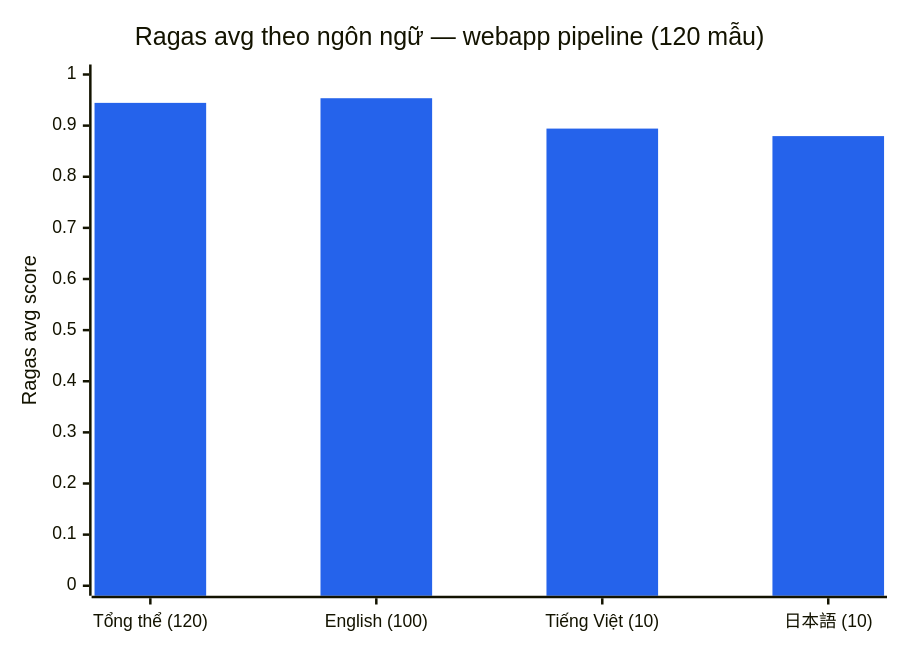
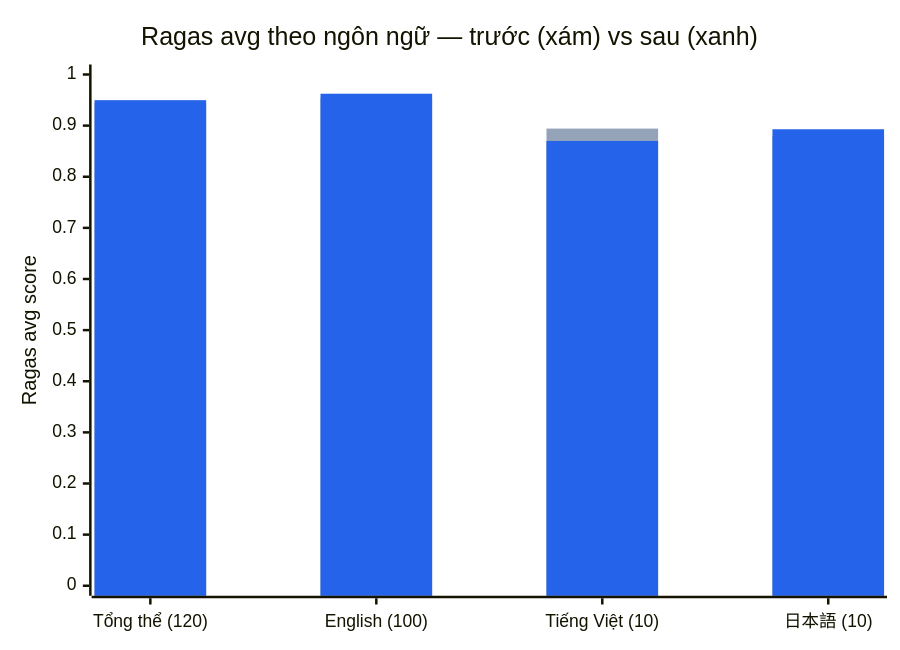
One commit to rosy179/RAG_precision_optimization changed the eighth of 9 diagrams in README.md. Above: the diagram before and after it, drawn with Mermaid. The commit also changed other lines of this file and 2 other files, not shown here.

````diff
--- a/README.md
+++ b/README.md
@@ -222,8 +225,9 @@
 ```mermaid
-%%{init: {"themeVariables": {"xyChart": {"plotColorPalette": "#2563eb"}}}}%%
+%%{init: {"themeVariables": {"xyChart": {"plotColorPalette": "#94a3b8,#2563eb"}}}}%%
 xychart-beta
-    title "Ragas avg theo ngôn ngữ — webapp pipeline (120 mẫu)"
+    title "Ragas avg theo ngôn ngữ — trước (xám) vs sau (xanh)"
     x-axis ["Tổng thể (120)", "English (100)", "Tiếng Việt (10)", "日本語 (10)"]
     y-axis "Ragas avg score" 0 --> 1
     bar [0.9445, 0.9536, 0.8942, 0.8795]
+    bar [0.9498, 0.9624, 0.8700, 0.8929]
 ```
````
